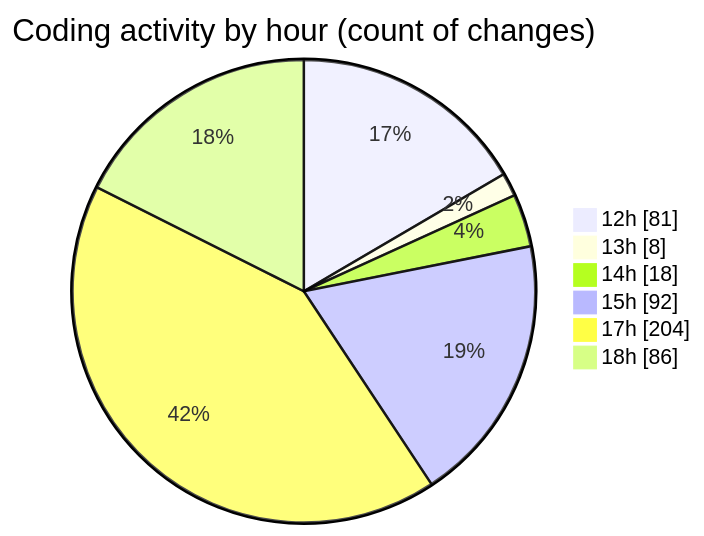
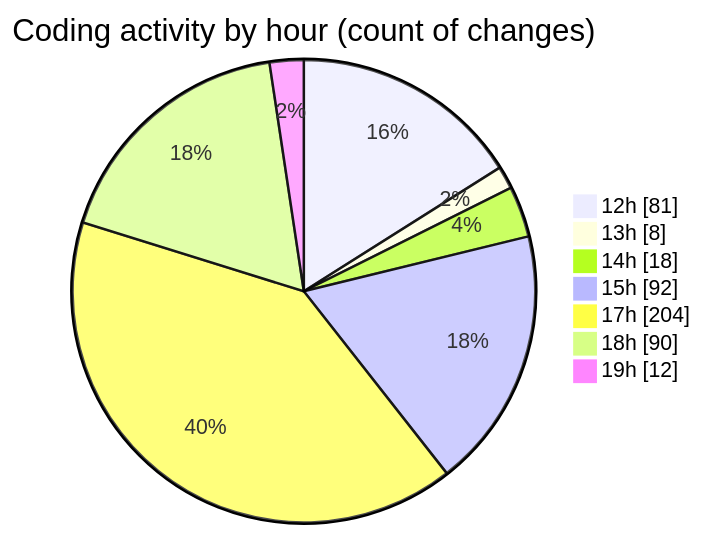
One commit to Ritupan-Deka/code-tracking changed the second of 2 diagrams in 2025-12-28/rust/README.md. Above: the diagram before and after it, drawn with Mermaid. The commit also changed other lines of this file and 1 other file, not shown here.

````diff
--- a/2025-12-28/rust/README.md
+++ b/2025-12-28/rust/README.md
@@ -31,10 +31,11 @@
 ```mermaid
 pie showData
 title Coding activity by hour (count of changes)
 "12h" : 81
 "13h" : 8
 "14h" : 18
 "15h" : 92
 "17h" : 204
-"18h" : 86
+"18h" : 90
+"19h" : 12
 ```
````
